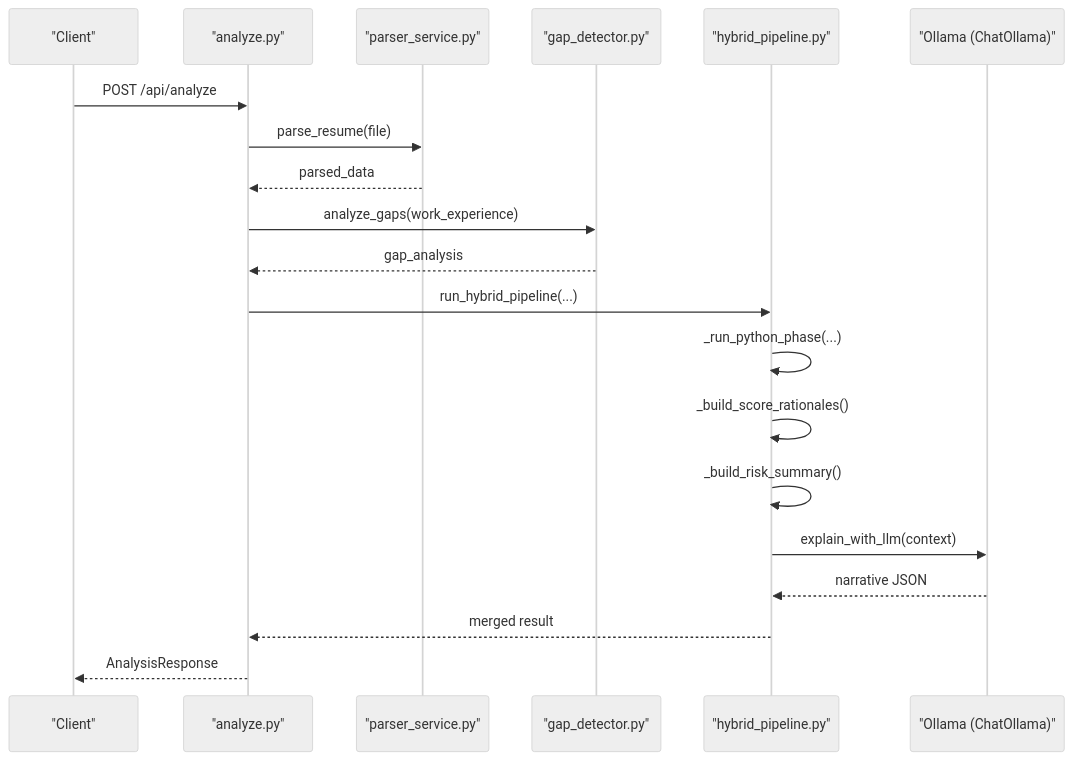
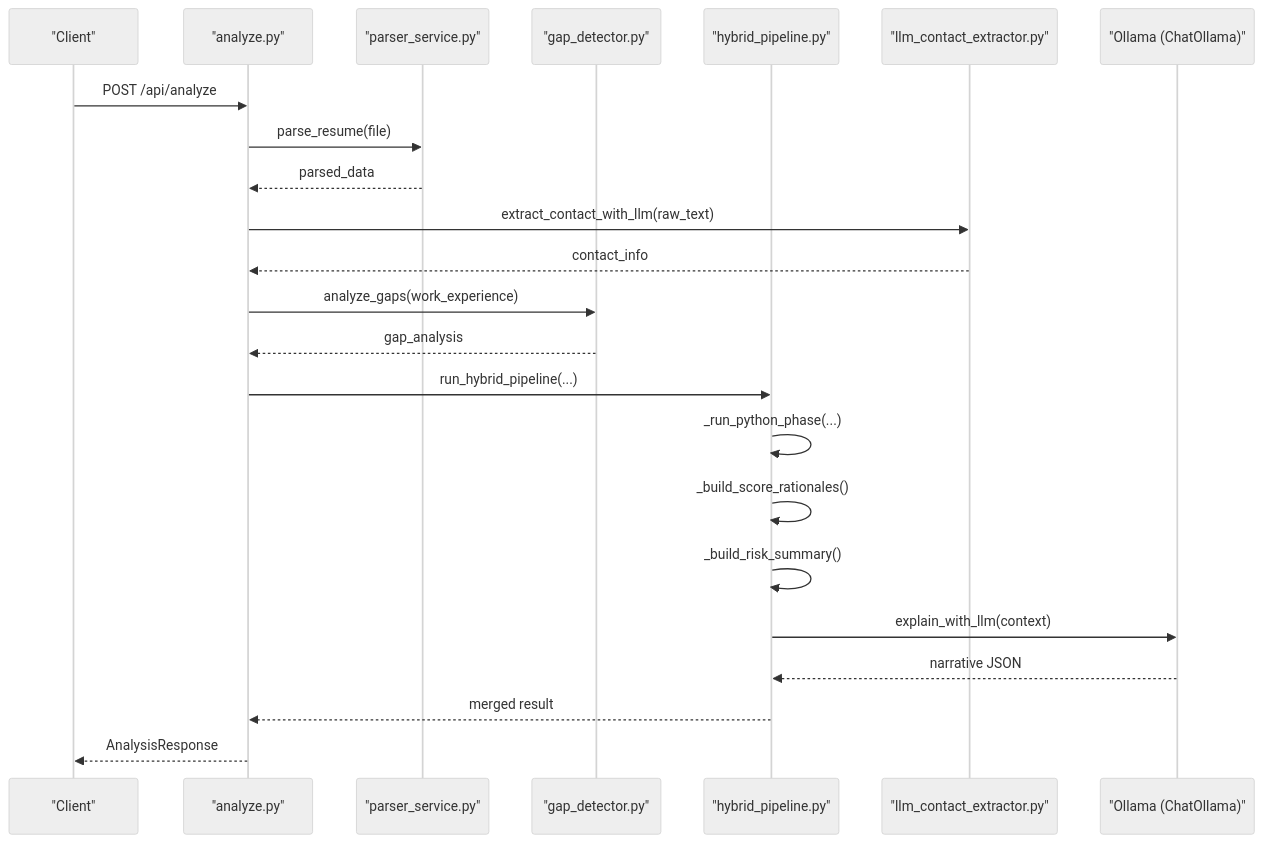
One commit to Revanththetalogics/aireume changed the second of 17 diagrams in .qoder/repowiki/en/content/Analysis Engine/Analysis Engine.md. Above: the diagram before and after it, drawn with Mermaid (neutral theme). The commit also changed other lines of this file and 20 other files, not shown here.

````diff
--- a/.qoder/repowiki/en/content/Analysis Engine/Analysis Engine.md
+++ b/.qoder/repowiki/en/content/Analysis Engine/Analysis Engine.md
@@ -118,22 +139,25 @@
 ```mermaid
 sequenceDiagram
 participant Client as "Client"
 participant Route as "analyze.py"
 participant Parser as "parser_service.py"
 participant Gap as "gap_detector.py"
 participant Hybrid as "hybrid_pipeline.py"
+participant Contact as "llm_contact_extractor.py"
 participant LLM as "Ollama (ChatOllama)"
 Client->>Route : POST /api/analyze
 Route->>Parser : parse_resume(file)
 Parser-->>Route : parsed_data
+Route->>Contact : extract_contact_with_llm(raw_text)
+Contact-->>Route : contact_info
 Route->>Gap : analyze_gaps(work_experience)
 Gap-->>Route : gap_analysis
 Route->>Hybrid : run_hybrid_pipeline(...)
 Hybrid->>Hybrid : _run_python_phase(...)
 Hybrid->>Hybrid : _build_score_rationales()
 Hybrid->>Hybrid : _build_risk_summary()
 Hybrid->>LLM : explain_with_llm(context)
 LLM-->>Hybrid : narrative JSON
 Hybrid-->>Route : merged result
 Route-->>Client : AnalysisResponse
 ```
````
